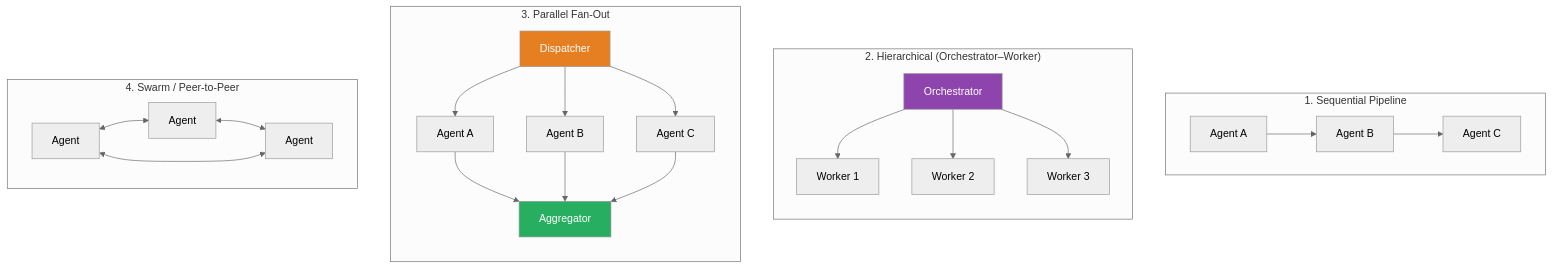
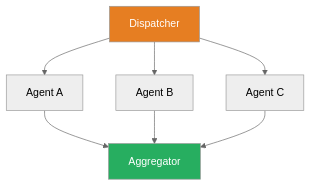
The fifth of 8 diagrams in _posts/agenticai/2026-05-25-agentic-ai.md (cloudutsukpilot/sakharams.github.io), drawn with Mermaid (neutral theme) before and after one commit. The commit also changed other lines of this file and 1044 other files, not shown here.

````diff
--- a/_posts/agenticai/2026-05-25-agentic-ai.md
+++ b/_posts/agenticai/2026-05-25-agentic-ai.md
@@ -121,33 +151,11 @@
 ```mermaid
+%%{init: {"flowchart": {"useMaxWidth": false}}}%%
 flowchart TD
-    subgraph P1["1. Sequential Pipeline"]
-        direction LR
-        A1["Agent A"] --> A2["Agent B"] --> A3["Agent C"]
-    end
+    Fanout["Dispatcher"] --> P3A["Agent A"]
+    Fanout --> P3B["Agent B"]
+    Fanout --> P3C["Agent C"]
+    P3A & P3B & P3C --> Agg["Aggregator"]
 
-    subgraph P2["2. Hierarchical (Orchestrator–Worker)"]
-        direction TB
-        O["Orchestrator"] --> W1["Worker 1"]
-        O --> W2["Worker 2"]
-        O --> W3["Worker 3"]
-    end
-
-    subgraph P3["3. Parallel Fan-Out"]
-        direction TB
-        Fanout["Dispatcher"] --> P3A["Agent A"]
-        Fanout --> P3B["Agent B"]
-        Fanout --> P3C["Agent C"]
-        P3A & P3B & P3C --> Agg["Aggregator"]
-    end
-
-    subgraph P4["4. Swarm / Peer-to-Peer"]
-        direction LR
-        S1["Agent"] <--> S2["Agent"]
-        S2 <--> S3["Agent"]
-        S1 <--> S3["Agent"]
-    end
-
-    style O fill:#8E44AD,color:#fff
     style Fanout fill:#E67E22,color:#fff
     style Agg fill:#27AE60,color:#fff
 ```
````
